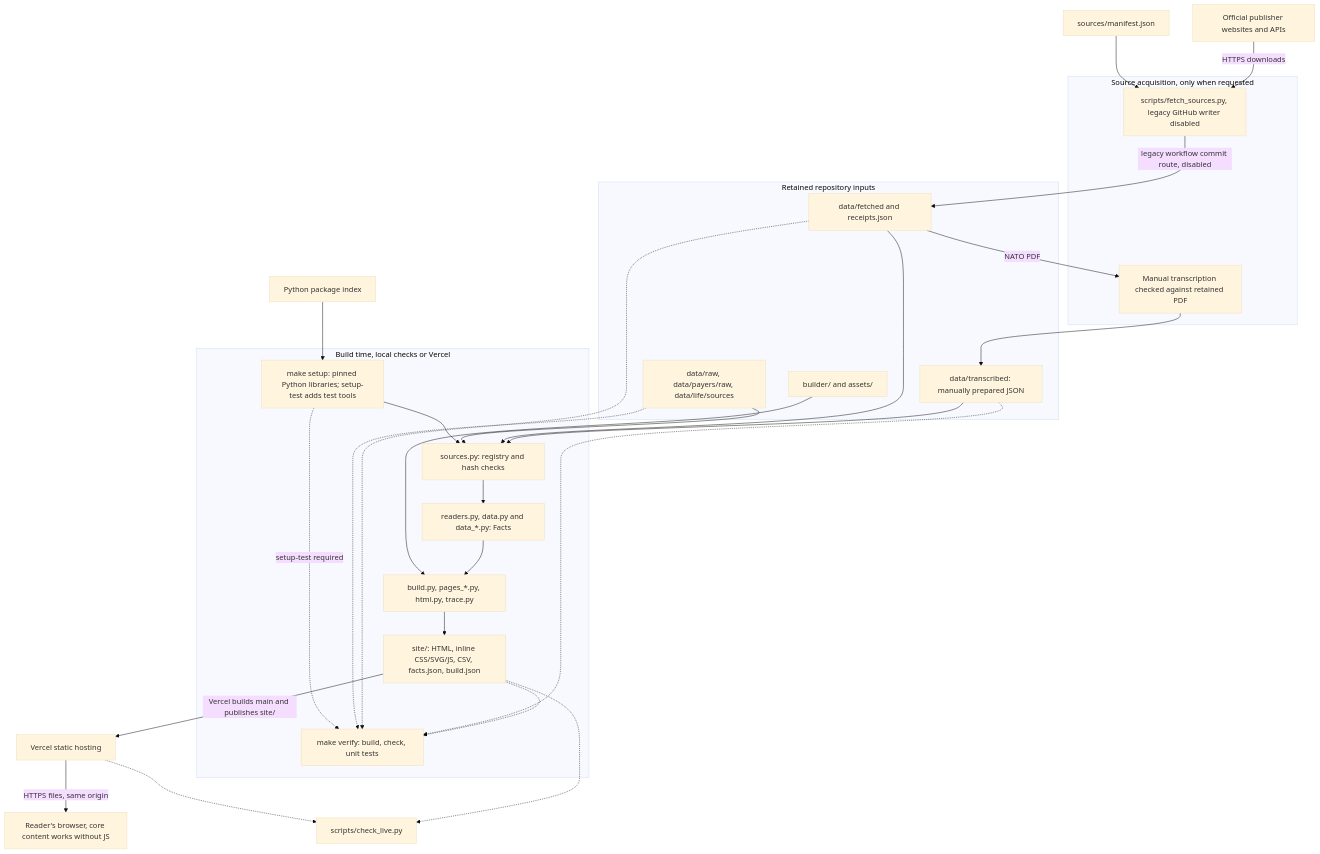
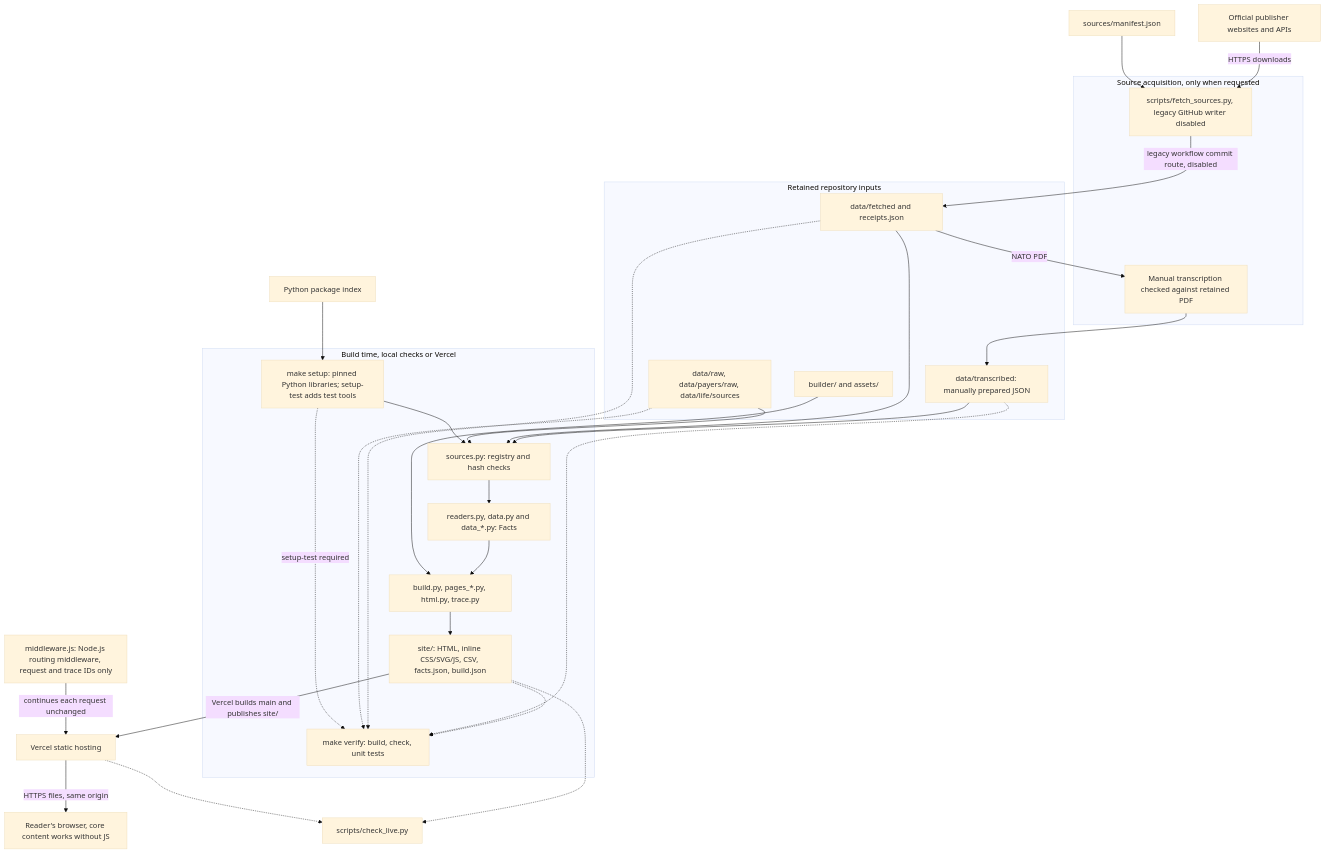
One commit to jnyross/unpoliticalaf changed the diagram in docs/architecture.md. Above: the diagram before and after it, drawn with Mermaid (base theme). The commit also changed other lines of this file and 2 other files, not shown here.

Commit message:
Describe the request-correlation middleware in the architecture guide

````diff
--- a/docs/architecture.md
+++ b/docs/architecture.md
@@ -14,50 +17,51 @@
 ```mermaid
 flowchart TD
     publishers["Official publisher websites and APIs"]
     packages["Python package index"]
     manifest["sources/manifest.json"]
 
     subgraph acquisition["Source acquisition, only when requested"]
         fetch["scripts/fetch_sources.py, legacy GitHub writer disabled"]
         transcription["Manual transcription checked against retained PDF"]
     end
 
     subgraph repository["Retained repository inputs"]
         retained["data/raw, data/payers/raw, data/life/sources"]
         fetched["data/fetched and receipts.json"]
         transcribed["data/transcribed: manually prepared JSON"]
         code["builder/ and assets/"]
     end
 
     manifest --> fetch
     publishers -->|"HTTPS downloads"| fetch
     fetch -->|"legacy workflow commit route, disabled"| fetched
     fetched -->|"NATO PDF"| transcription --> transcribed
 
     subgraph build["Build time, local checks or Vercel"]
         setup["make setup: pinned Python libraries; setup-test adds test tools"]
         registry["sources.py: registry and hash checks"]
         facts["readers.py, data.py and data_*.py: Facts"]
         render["build.py, pages_*.py, html.py, trace.py"]
         output["site/: HTML, inline CSS/SVG/JS, CSV, facts.json, build.json"]
         verify["make verify: build, check, unit tests"]
     end
 
     packages --> setup
     setup --> registry
     retained --> registry
     fetched --> registry
     transcribed --> registry
     code --> render
     registry --> facts --> render --> output
     setup -.->|"setup-test required"| verify
     retained -.-> verify
     fetched -.-> verify
     transcribed -.-> verify
     output -.-> verify
 
     output -->|"Vercel builds main and publishes site/"| hosting["Vercel static hosting"]
+    middleware["middleware.js: Node.js routing middleware, request and trace IDs only"] -->|"continues each request unchanged"| hosting
     hosting -->|"HTTPS files, same origin"| browser["Reader's browser, core content works without JS"]
     hosting -.-> live["scripts/check_live.py"]
     output -.-> live
 ```
````
